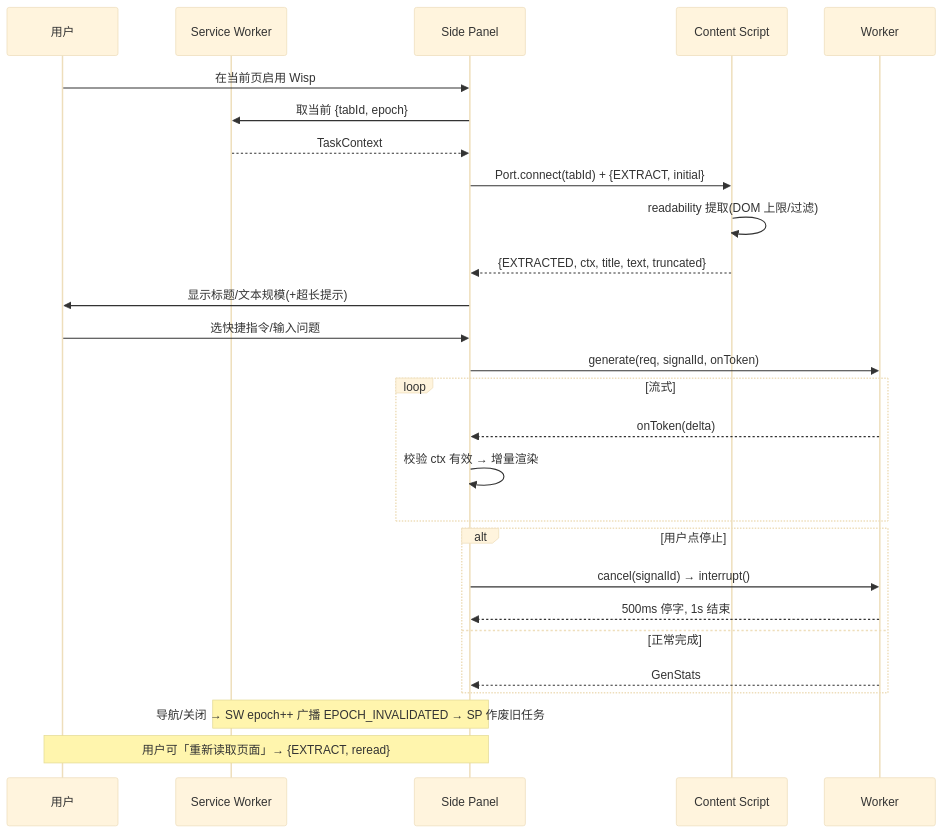
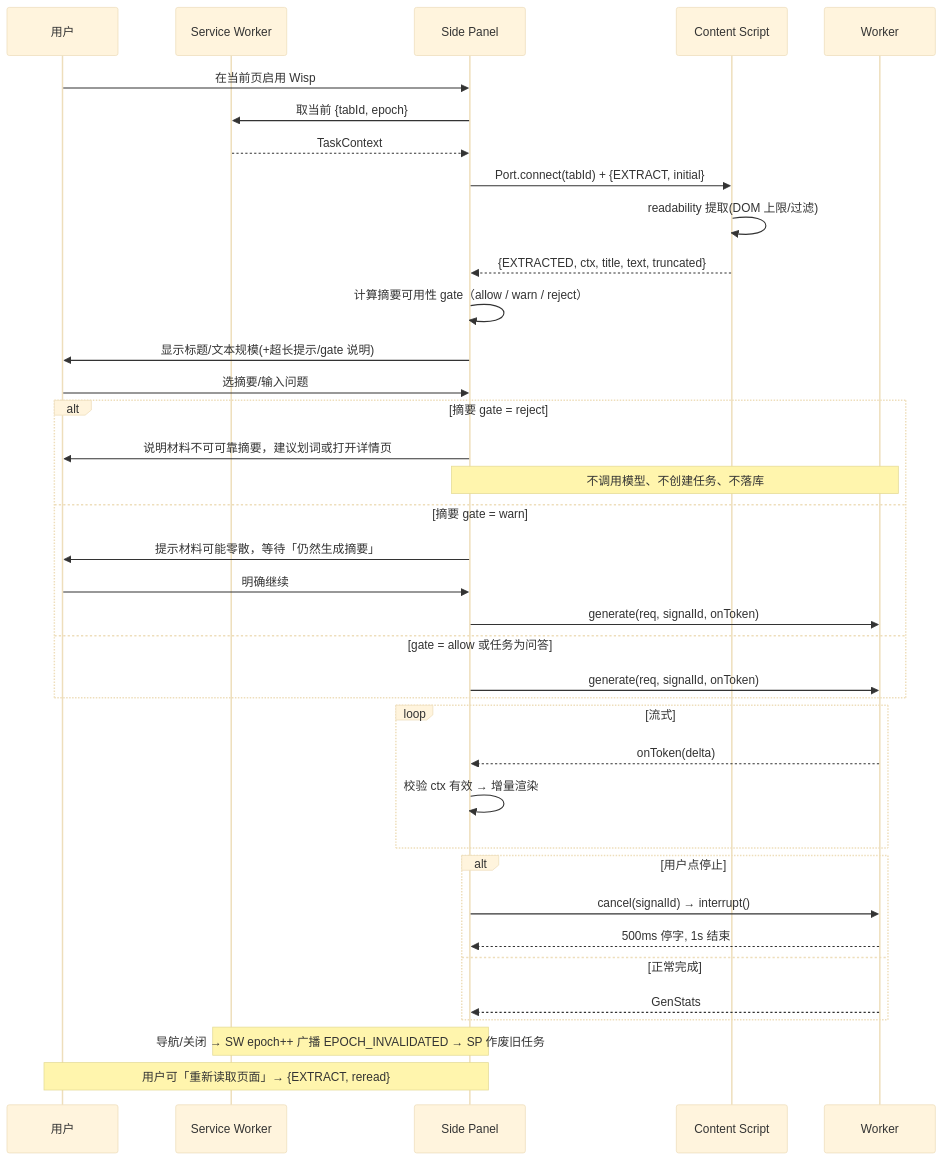
One commit to Mr-CG-end/wisp-ai-copilot changed the third of 4 diagrams in docs/Wisp_设计文档.md. Above: the diagram before and after it, drawn with Mermaid (base theme). The commit also changed other lines of this file and 3 other files, not shown here.

````diff
--- a/docs/Wisp_设计文档.md
+++ b/docs/Wisp_设计文档.md
@@ -631,29 +635,39 @@
 ```mermaid
 sequenceDiagram
     participant U as 用户
     participant SW as Service Worker
     participant SP as Side Panel
     participant CS as Content Script
     participant W as Worker
     U->>SP: 在当前页启用 Wisp
     SP->>SW: 取当前 {tabId, epoch}
     SW-->>SP: TaskContext
     SP->>CS: Port.connect(tabId) + {EXTRACT, initial}
     CS->>CS: readability 提取(DOM 上限/过滤)
     CS-->>SP: {EXTRACTED, ctx, title, text, truncated}
-    SP->>U: 显示标题/文本规模(+超长提示)
-    U->>SP: 选快捷指令/输入问题
-    SP->>W: generate(req, signalId, onToken)
+    SP->>SP: 计算摘要可用性 gate（allow / warn / reject）
+    SP->>U: 显示标题/文本规模(+超长提示/gate 说明)
+    U->>SP: 选摘要/输入问题
+    alt 摘要 gate = reject
+        SP->>U: 说明材料不可可靠摘要，建议划词或打开详情页
+        Note over SP,W: 不调用模型、不创建任务、不落库
+    else 摘要 gate = warn
+        SP->>U: 提示材料可能零散，等待「仍然生成摘要」
+        U->>SP: 明确继续
+        SP->>W: generate(req, signalId, onToken)
+    else gate = allow 或任务为问答
+        SP->>W: generate(req, signalId, onToken)
+    end
     loop 流式
         W-->>SP: onToken(delta)
         SP->>SP: 校验 ctx 有效 → 增量渲染
     end
     alt 用户点停止
         SP->>W: cancel(signalId) → interrupt()
         W-->>SP: 500ms 停字, 1s 结束
     else 正常完成
         W-->>SP: GenStats
     end
     Note over SW,SP: 导航/关闭 → SW epoch++ 广播 EPOCH_INVALIDATED → SP 作废旧任务
     Note over U,SP: 用户可「重新读取页面」→ {EXTRACT, reread}
 ```
````
